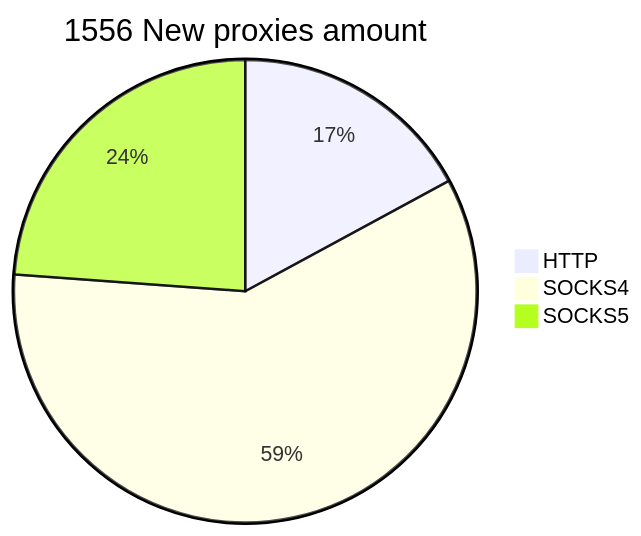
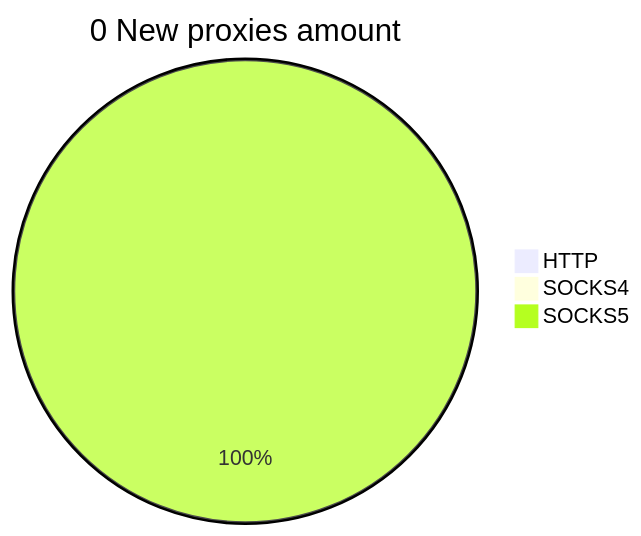
One commit to cutipu/proxylist changed the second of 2 diagrams in README.md. Above: the diagram before and after it, drawn with Mermaid. The commit also changed other lines of this file, not shown here.

````diff
--- a/README.md
+++ b/README.md
@@ -10,6 +10,6 @@
 ```mermaid
-pie title 1556 New proxies amount
-    "HTTP" : 266
-    "SOCKS4" : 919
-    "SOCKS5" : 371
+pie title 0 New proxies amount
+    "HTTP" : 0
+    "SOCKS4" : 0
+    "SOCKS5" : 2
 ```
````
